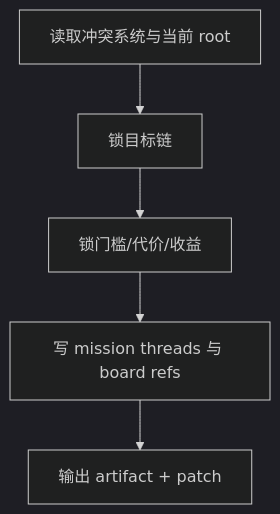
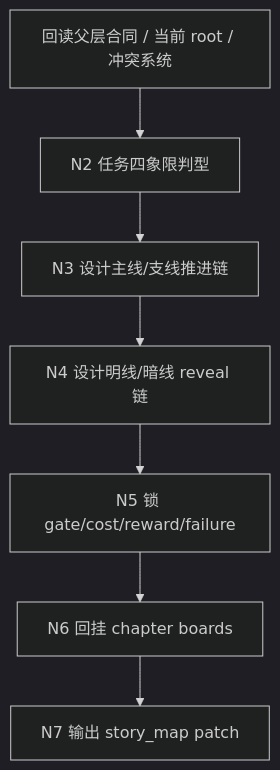
One commit to ZEN-VOID/AI-CUT changed the first of 4 diagrams in .agents/skills/story/2-Planning/5-任务设计/SKILL.md. Above: the diagram before and after it, drawn with Mermaid (dark theme). The commit also changed other lines of this file and 291 other files, not shown here.

````diff
--- a/.agents/skills/story/2-Planning/5-任务设计/SKILL.md
+++ b/.agents/skills/story/2-Planning/5-任务设计/SKILL.md
@@ -52,7 +89,9 @@
 ```mermaid
 flowchart TD
-    A["读取冲突系统与当前 root"] --> B["锁目标链"]
-    B --> C["锁门槛/代价/收益"]
-    C --> D["写 mission threads 与 board refs"]
-    D --> E["输出 artifact + patch"]
+    A["回读父层合同 / 当前 root / 冲突系统"] --> B["N2 任务四象限判型"]
+    B --> C["N3 设计主线/支线推进链"]
+    C --> D["N4 设计明线/暗线 reveal 链"]
+    D --> E["N5 锁 gate/cost/reward/failure"]
+    E --> F["N6 回挂 chapter boards"]
+    F --> G["N7 输出 story_map patch"]
 ```
````
